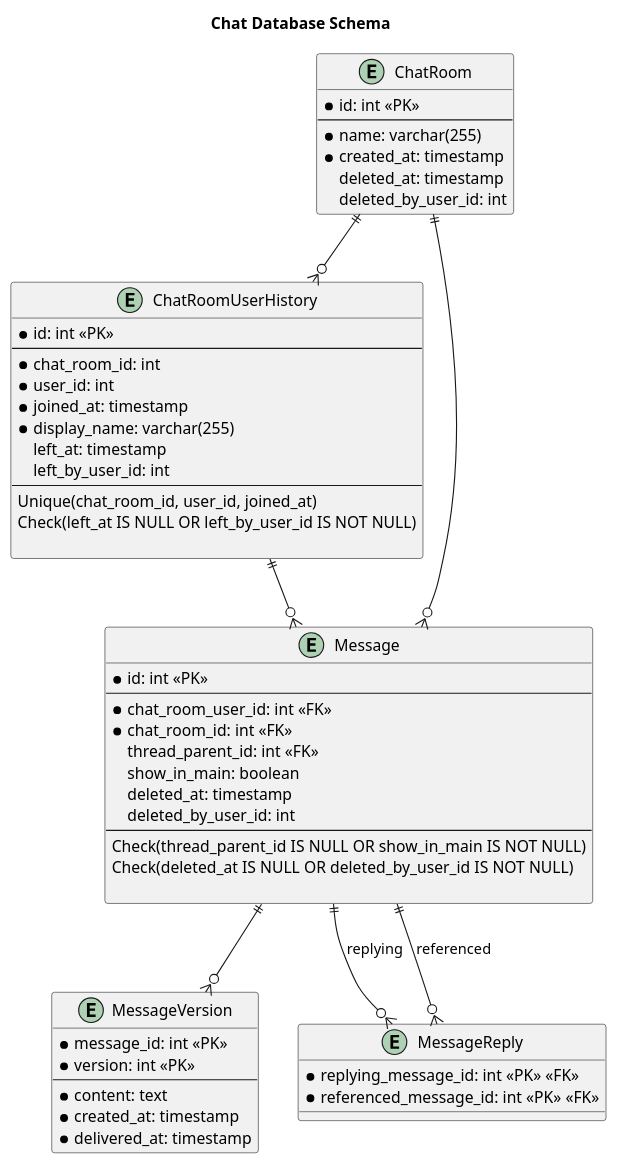
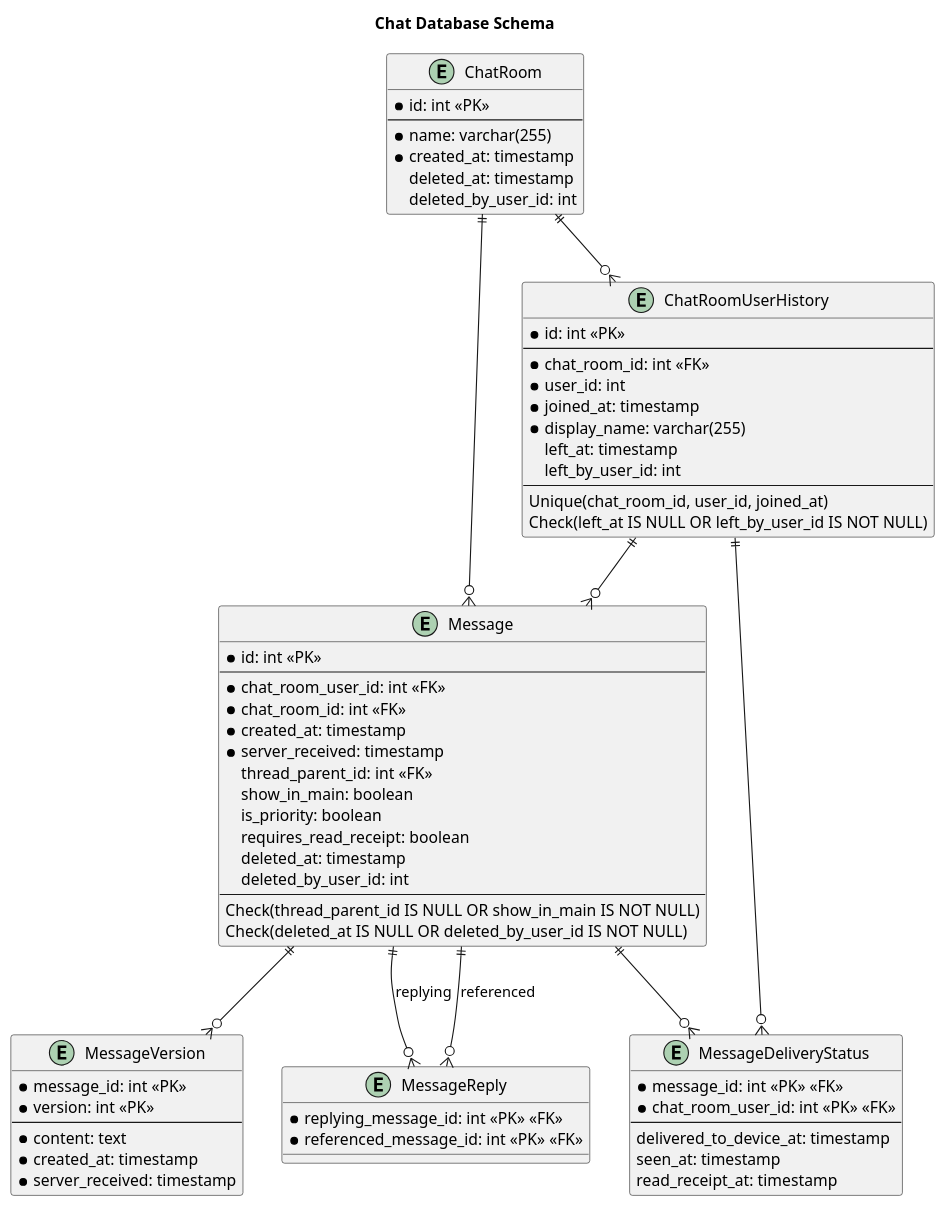
One commit to Vlk357/Portable-Party-Portal changed the diagram in diagrams/chat_db.puml. Above: the diagram before and after it, drawn with PlantUML. The commit also changed 3 other files, not shown here.

Commit message:
message delivery status handling added

```diff
--- a/diagrams/chat_db.puml
+++ b/diagrams/chat_db.puml
@@ -1,65 +1,78 @@
 @startuml Chat Database Schema
 
 title Chat Database Schema
 
 entity ChatRoom {
     * id: int <<PK>>
     --
     * name: varchar(255)
     * created_at: timestamp
       deleted_at: timestamp
       deleted_by_user_id: int
 }
 
 entity ChatRoomUserHistory {
     * id: int <<PK>>
     --
-    * chat_room_id: int
+    * chat_room_id: int <<FK>>
     * user_id: int
     * joined_at: timestamp
     * display_name: varchar(255)
       left_at: timestamp
       left_by_user_id: int
     --
     Unique(chat_room_id, user_id, joined_at)
     Check(left_at IS NULL OR left_by_user_id IS NOT NULL)
-
 }
 
 entity Message {
     * id: int <<PK>>
     --
     * chat_room_user_id: int <<FK>>
     * chat_room_id: int <<FK>>
+    * created_at: timestamp
+    * server_received: timestamp
       thread_parent_id: int <<FK>>
       show_in_main: boolean
+      is_priority: boolean
+      requires_read_receipt: boolean
       deleted_at: timestamp
       deleted_by_user_id: int
     --
-      Check(thread_parent_id IS NULL OR show_in_main IS NOT NULL)
-      Check(deleted_at IS NULL OR deleted_by_user_id IS NOT NULL)
-
+    Check(thread_parent_id IS NULL OR show_in_main IS NOT NULL)
+    Check(deleted_at IS NULL OR deleted_by_user_id IS NOT NULL)
 }
 
 entity MessageVersion {
     * message_id: int <<PK>>
     * version: int <<PK>>
     --
     * content: text
     * created_at: timestamp
-    * delivered_at: timestamp
+    * server_received: timestamp
 }
 
 entity MessageReply {
     * replying_message_id: int <<PK>> <<FK>>
     * referenced_message_id: int <<PK>> <<FK>>
 }
 
+entity MessageDeliveryStatus {
+    * message_id: int <<PK>> <<FK>>
+    * chat_room_user_id: int <<PK>> <<FK>>
+    --
+      delivered_to_device_at: timestamp
+      seen_at: timestamp
+      read_receipt_at: timestamp
+}
+
 ChatRoom ||--o{ ChatRoomUserHistory
 ChatRoom ||--o{ Message
 Message ||--o{ MessageVersion
 Message ||--o{ MessageReply : "replying"
 Message ||--o{ MessageReply : "referenced"
+Message ||--o{ MessageDeliveryStatus
 ChatRoomUserHistory ||--o{ Message
+ChatRoomUserHistory ||--o{ MessageDeliveryStatus
 
 @enduml
```
